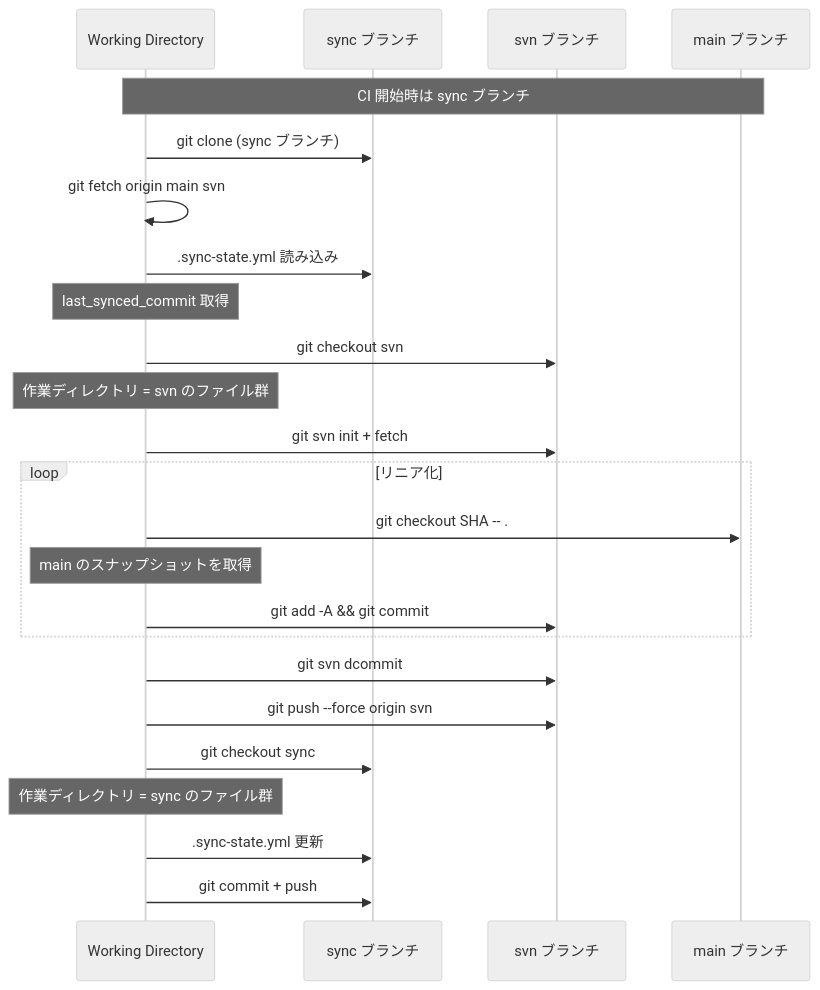
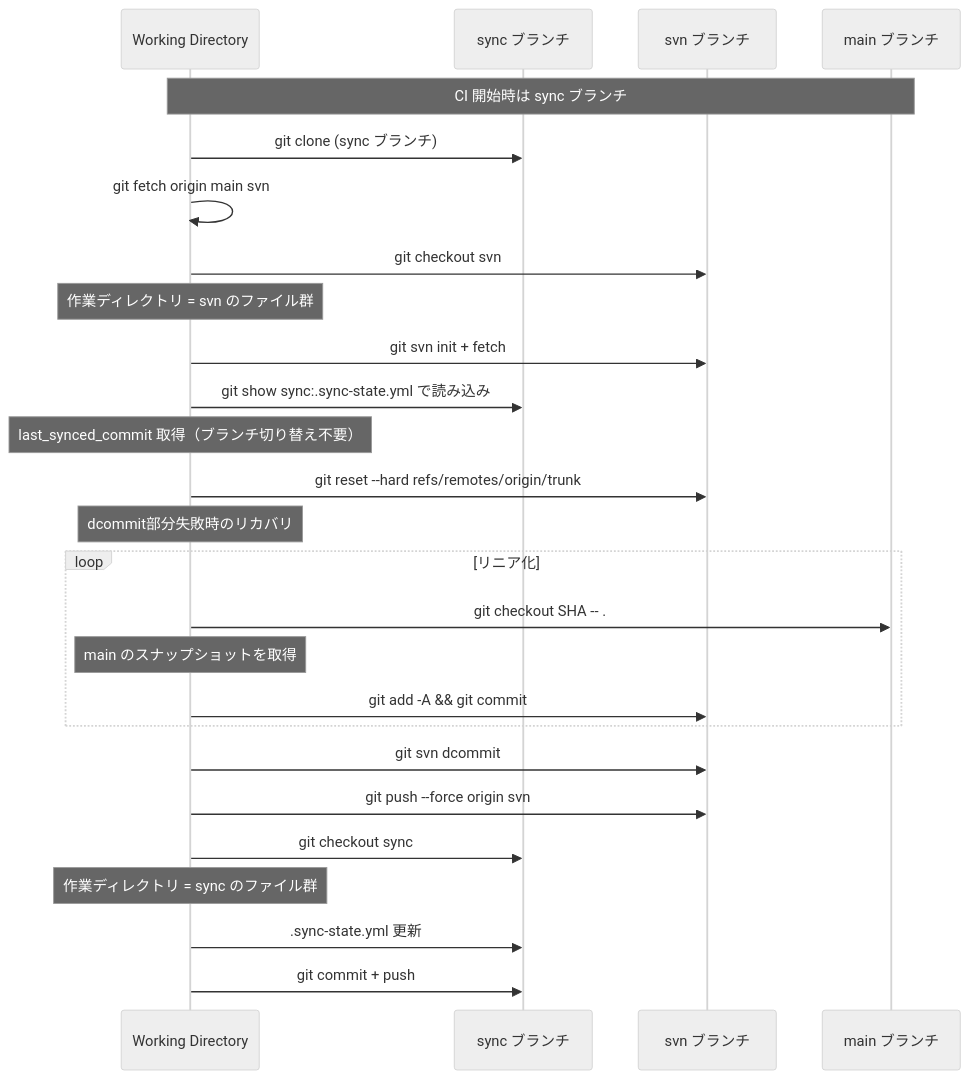
One commit to NagasakaH/dev-process changed the tenth of 10 diagrams in docs/git-svn-backup/design/04_process-flow-design.md. Above: the diagram before and after it, drawn with Mermaid (neutral theme). The commit also changed other lines of this file and 4 other files, not shown here.

````diff
--- a/docs/git-svn-backup/design/04_process-flow-design.md
+++ b/docs/git-svn-backup/design/04_process-flow-design.md
@@ -319,34 +328,37 @@
 ```mermaid
 sequenceDiagram
     participant WD as Working Directory
     participant SYNC as sync ブランチ
     participant SVN as svn ブランチ
     participant MAIN as main ブランチ
 
     Note over WD,MAIN: CI 開始時は sync ブランチ
 
     WD->>SYNC: git clone (sync ブランチ)
     WD->>WD: git fetch origin main svn
 
-    WD->>SYNC: .sync-state.yml 読み込み
-    Note over WD: last_synced_commit 取得
-
     WD->>SVN: git checkout svn
     Note over WD: 作業ディレクトリ = svn のファイル群
 
     WD->>SVN: git svn init + fetch
+
+    WD->>SYNC: git show sync:.sync-state.yml で読み込み
+    Note over WD: last_synced_commit 取得（ブランチ切り替え不要）
+
+    WD->>SVN: git reset --hard refs/remotes/origin/trunk
+    Note over WD: dcommit部分失敗時のリカバリ
 
     loop リニア化
         WD->>MAIN: git checkout SHA -- .
         Note over WD: main のスナップショットを取得
         WD->>SVN: git add -A && git commit
     end
 
     WD->>SVN: git svn dcommit
     WD->>SVN: git push --force origin svn
 
     WD->>SYNC: git checkout sync
     Note over WD: 作業ディレクトリ = sync のファイル群
     WD->>SYNC: .sync-state.yml 更新
     WD->>SYNC: git commit + push
 ```
````
